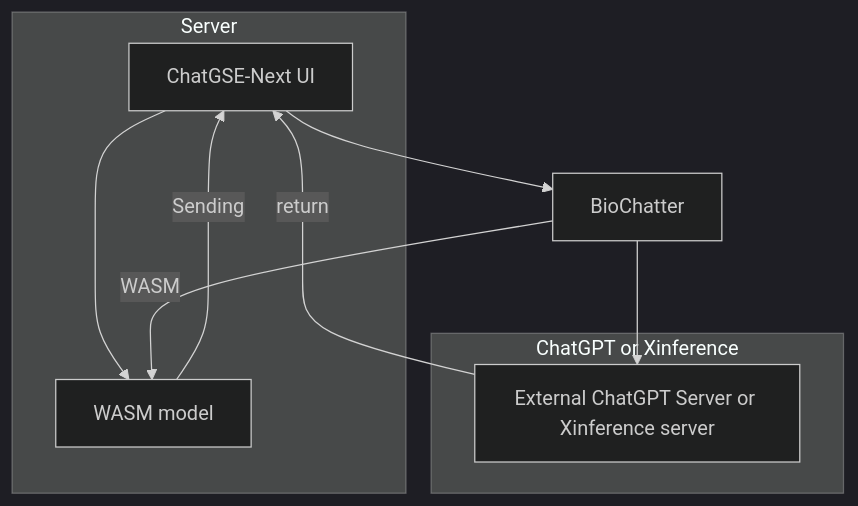
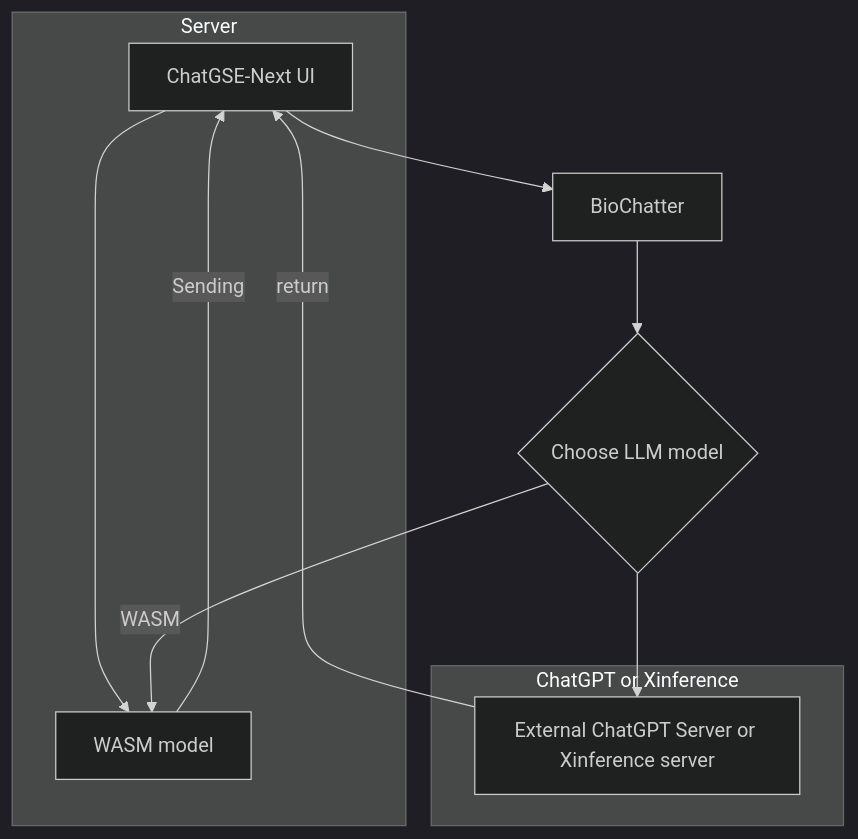
The diagram in content/40.methods.md (biocypher/biochatter-paper), drawn with Mermaid (dark theme) before and after one commit.

````diff
--- a/content/40.methods.md
+++ b/content/40.methods.md
@@ -88,31 +88,34 @@
 ```mermaid
 flowchart TD
 
     A[ChatGSE-Next UI]
     -->
     K[BioChatter]
 
+    L[Choose LLM model]
+    -->
+    F[External ChatGPT Server or Xinference server]
+
     K[BioChatter]
     -->
-    F[ChatGPT option]
+    L{Choose LLM model}
     subgraph Server
     A[ChatGSE-Next UI]
     -->
     C[WASM model]
     end
-    K[BioChatter]
+    L{Choose LLM model}
     -->
     |WASM|C[WASM model]
 
     C[WASM model]
     -->
     |Sending|A[ChatGSE-Next UI]
 
     subgraph ChatGPT or Xinference
      
     F[External ChatGPT Server or Xinference server]
     -->
     |return|A[ChatGSE-Next UI]
     end
-
 ```
````
